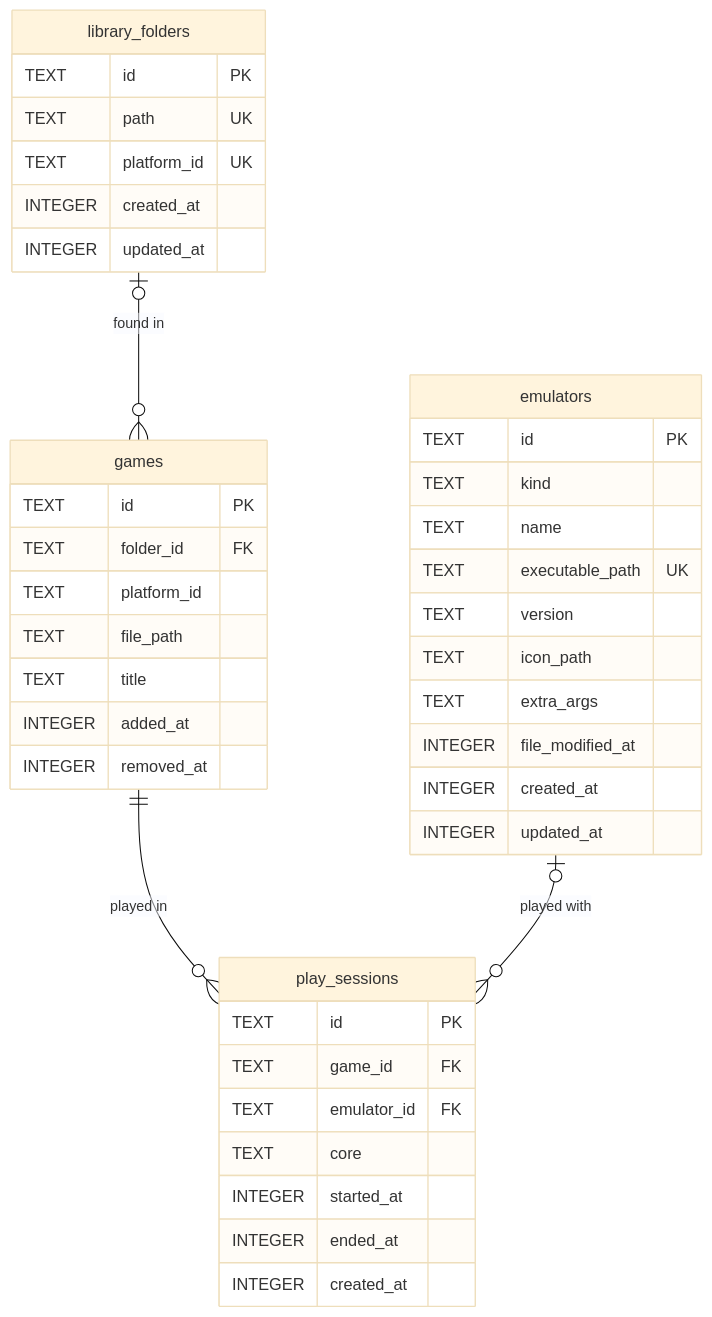
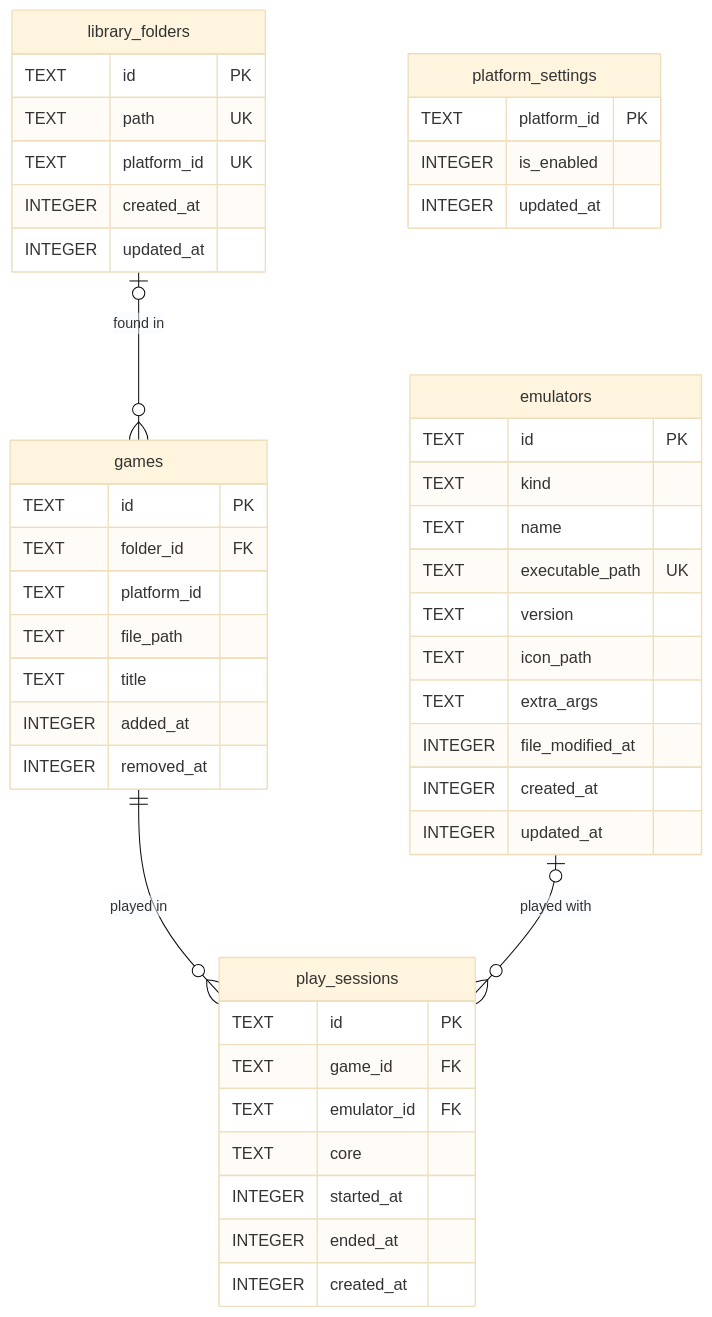
One commit to alexisiba/ilnamiki changed the first of 2 diagrams in DATABASE.md. Above: the diagram before and after it, drawn with Mermaid (base theme). The commit also changed other lines of this file and 45 other files, not shown here.

````diff
--- a/DATABASE.md
+++ b/DATABASE.md
@@ -50,44 +50,49 @@
 ```mermaid
 erDiagram
     library_folders |o--o{ games : "found in"
     games ||--o{ play_sessions : "played in"
     emulators |o--o{ play_sessions : "played with"
 
     emulators {
         TEXT id PK
         TEXT kind
         TEXT name
         TEXT executable_path UK
         TEXT version
         TEXT icon_path
         TEXT extra_args
         INTEGER file_modified_at
         INTEGER created_at
         INTEGER updated_at
     }
     library_folders {
         TEXT id PK
         TEXT path UK
         TEXT platform_id UK
         INTEGER created_at
         INTEGER updated_at
     }
     games {
         TEXT id PK
         TEXT folder_id FK
         TEXT platform_id
         TEXT file_path
         TEXT title
         INTEGER added_at
         INTEGER removed_at
     }
+    platform_settings {
+        TEXT platform_id PK
+        INTEGER is_enabled
+        INTEGER updated_at
+    }
     play_sessions {
         TEXT id PK
         TEXT game_id FK
         TEXT emulator_id FK
         TEXT core
         INTEGER started_at
         INTEGER ended_at
         INTEGER created_at
     }
 ```
````
